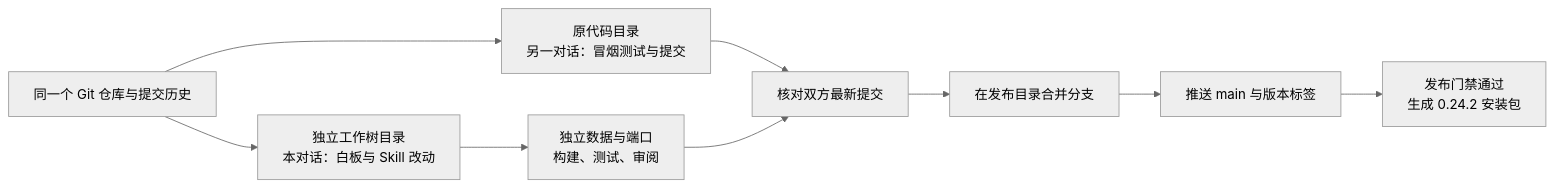
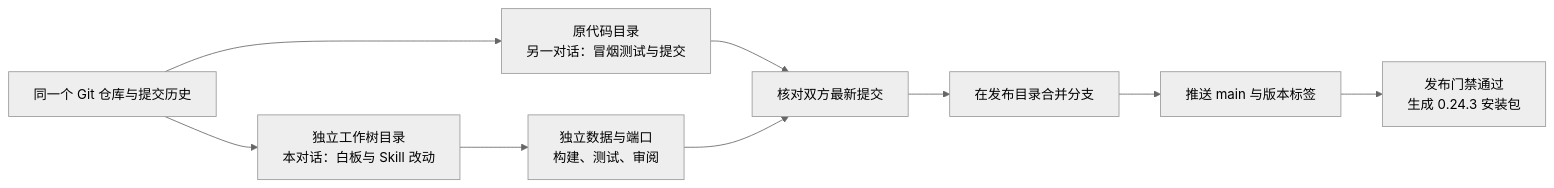
The diagram in README.md (TongZi2003/Notara), drawn with Mermaid (neutral theme) before and after one commit. The commit also changed other lines of this file and 30 other files, not shown here.

````diff
--- a/README.md
+++ b/README.md
@@ -862,11 +875,11 @@
 ```mermaid
 flowchart LR
     R["同一个 Git 仓库与提交历史"] --> A["原代码目录<br/>另一对话：冒烟测试与提交"]
     R --> B["独立工作树目录<br/>本对话：白板与 Skill 改动"]
     B --> C["独立数据与端口<br/>构建、测试、审阅"]
     A --> D["核对双方最新提交"]
     C --> D
     D --> E["在发布目录合并分支"]
     E --> F["推送 main 与版本标签"]
-    F --> G["发布门禁通过<br/>生成 0.24.2 安装包"]
+    F --> G["发布门禁通过<br/>生成 0.24.3 安装包"]
 ```
````
